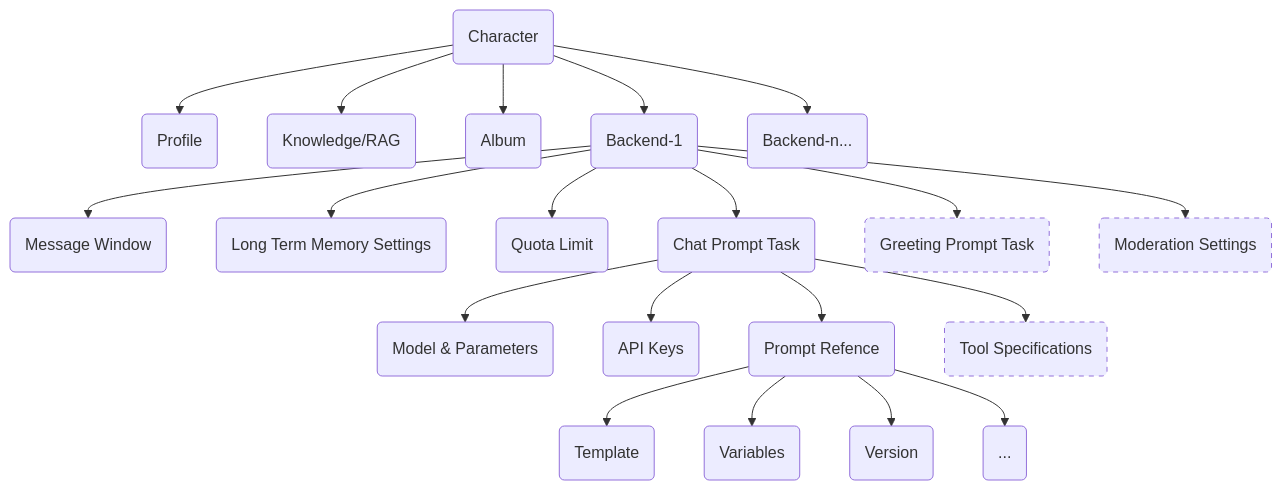
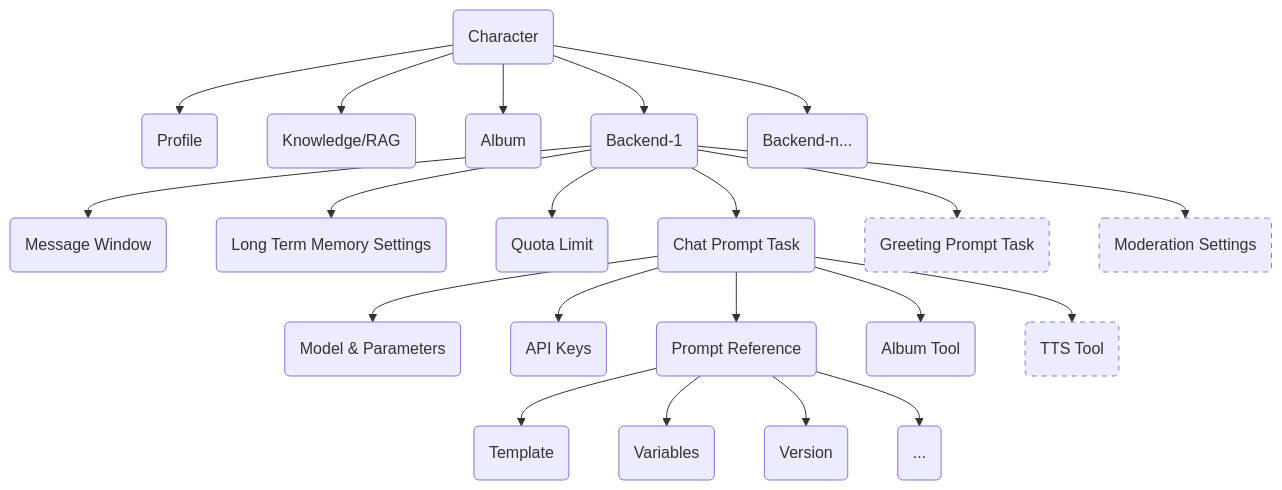
The diagram in README.md (freechat-fun/freechat), drawn with Mermaid before and after one commit. The commit also changed other lines of this file and 509 other files, not shown here.

````diff
--- a/README.md
+++ b/README.md
@@ -40,25 +41,26 @@
 ```mermaid
 flowchart TD
     A(Character) --> B(Profile)
     A --> C(Knowledge/RAG)
     A --> D(Album)
     A --> E(Backend-1)
     A --> F(Backend-n...)
     E --> G(Message Window)
     E --> H(Long Term Memory Settings)
     E --> I(Quota Limit)
     E --> J(Chat Prompt Task)
     E --> K(Greeting Prompt Task)
     E --> L(Moderation Settings)
     J --> M(Model & Parameters)
     J --> N(API Keys)
-    J --> O(Prompt Refence)
-    J --> P(Tool Specifications)
-    O --> Q(Template)
-    O --> R(Variables)
-    O --> S(Version)
-    O --> T(...)
+    J --> O(Prompt Reference)
+    J --> P(Album Tool)
+    J --> Q(TTS Tool)
+    O --> R(Template)
+    O --> S(Variables)
+    O --> T(Version)
+    O --> U(...)
     style K stroke-dasharray: 5, 5
     style L stroke-dasharray: 5, 5
-    style P stroke-dasharray: 5, 5
+    style Q stroke-dasharray: 5, 5
 ```
````
